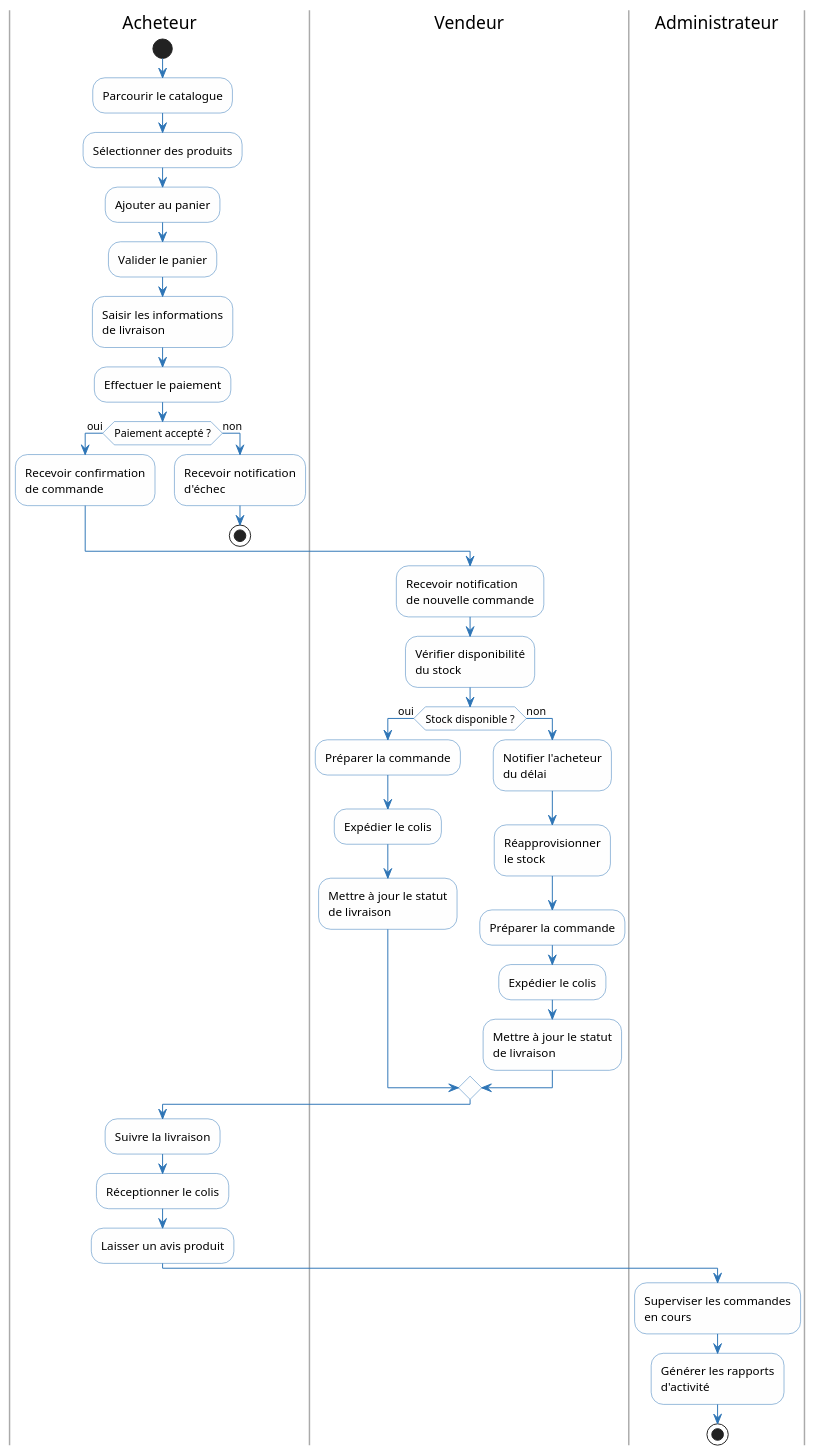
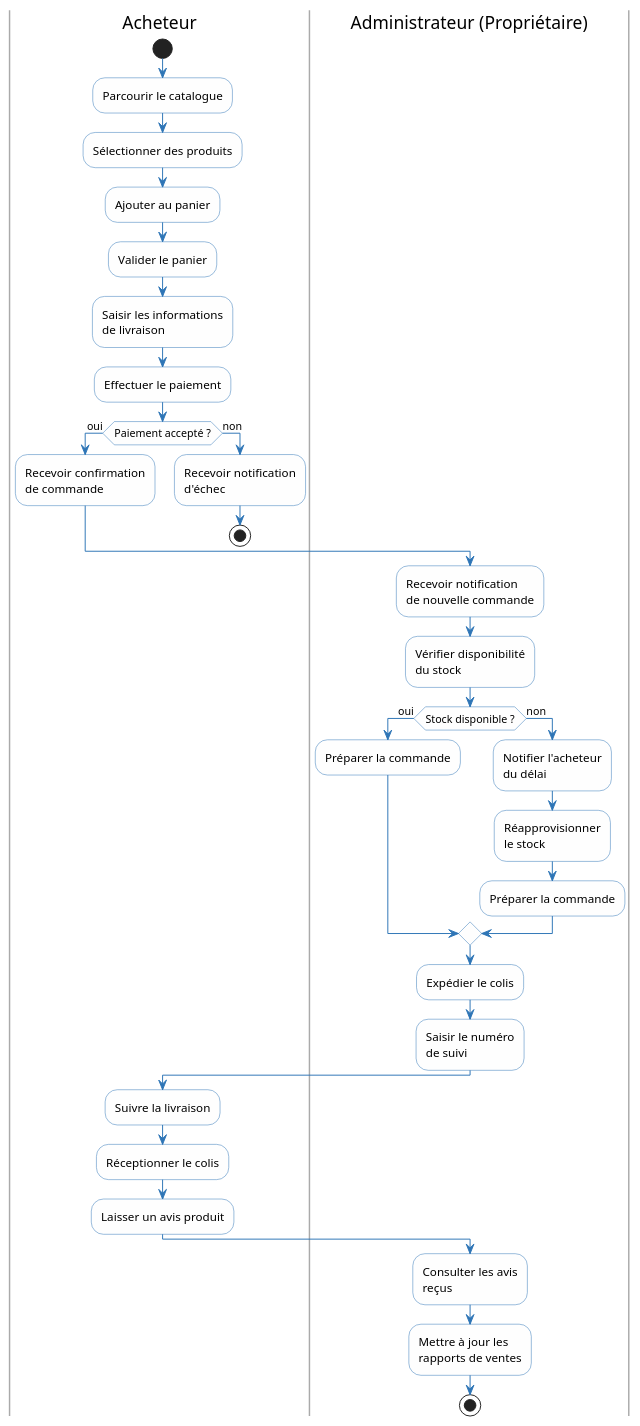
Before and after one commit to louistalvande/online_shop: the second of 4 diagrams in architecture.adoc, drawn with PlantUML. The commit also changed other lines of this file, not shown here.

First line of the commit message:
Revise operational analysis and workflow diagrams

```diff
--- a/architecture.adoc
+++ b/architecture.adoc
@@ -113,50 +102,49 @@
 [plantuml, oa-activity, svg]
 ----
 skinparam activityBackgroundColor #FEFEFE
 skinparam activityBorderColor #2E75B6
 skinparam arrowColor #2E75B6
 skinparam swimlaneBorderColor #AAAAAA
 
 |Acheteur|
 start
 :Parcourir le catalogue;
 :Sélectionner des produits;
 :Ajouter au panier;
 :Valider le panier;
 :Saisir les informations\nde livraison;
 :Effectuer le paiement;
 
 if (Paiement accepté ?) then (oui)
   :Recevoir confirmation\nde commande;
 else (non)
   :Recevoir notification\nd'échec;
   stop
 endif
 
-|Vendeur|
+|Administrateur (Propriétaire)|
 :Recevoir notification\nde nouvelle commande;
 :Vérifier disponibilité\ndu stock;
 
 if (Stock disponible ?) then (oui)
   :Préparer la commande;
-  :Expédier le colis;
-  :Mettre à jour le statut\nde livraison;
 else (non)
   :Notifier l'acheteur\ndu délai;
   :Réapprovisionner\nle stock;
   :Préparer la commande;
-  :Expédier le colis;
-  :Mettre à jour le statut\nde livraison;
 endif
+
+:Expédier le colis;
+:Saisir le numéro\nde suivi;
 
 |Acheteur|
 :Suivre la livraison;
 :Réceptionner le colis;
 :Laisser un avis produit;
 
-|Administrateur|
-:Superviser les commandes\nen cours;
-:Générer les rapports\nd'activité;
+|Administrateur (Propriétaire)|
+:Consulter les avis\nreçus;
+:Mettre à jour les\nrapports de ventes;
 
 stop
 ----
```
